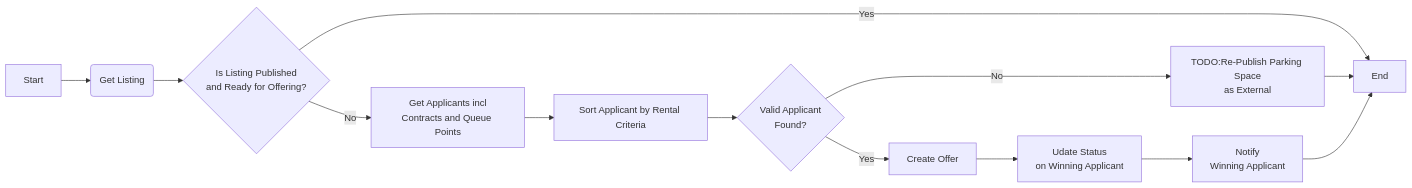
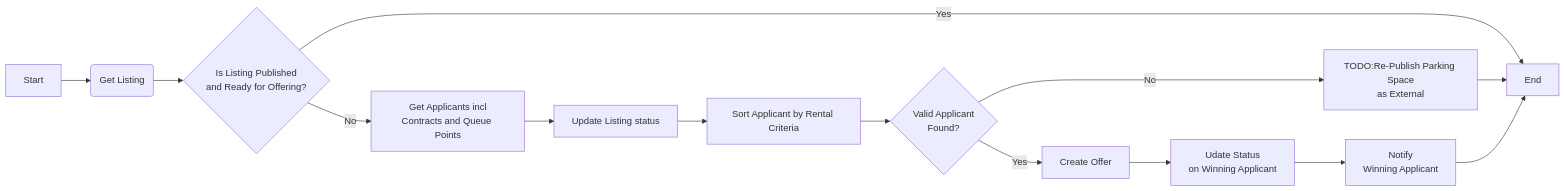
Before and after one commit to Bostads-AB-Mimer/onecore-core: the first of 2 diagrams in src/processes/parkingspaces/internal/DOCS Create Offer for Internal Parking Space.md, drawn with Mermaid. The commit also changed other lines of this file, not shown here.

````diff
--- a/src/processes/parkingspaces/internal/DOCS Create Offer for Internal Parking Space.md
+++ b/src/processes/parkingspaces/internal/DOCS Create Offer for Internal Parking Space.md
@@ -5,15 +5,16 @@
 ```mermaid
 flowchart LR
 A[Start] -->B(Get Listing)
 B --> C{Is Listing Published<br/>and Ready for Offering?}
 C --> |Yes| O
 C --> |No| D[Get Applicants incl<br/>Contracts and Queue Points]
-D --> E[Sort Applicant by Rental Criteria]
+D --> K[Update Listing status]
+K --> E[Sort Applicant by Rental Criteria]
 E --> F{Valid Applicant<br/>Found?}
 F --> |No| G[TODO:Re-Publish Parking Space<br/>as External]
 G --> O[End]
 F --> |Yes| H[Create Offer]
 H --> I[Udate Status<br/>on Winning Applicant]
 I --> J[Notify<br/>Winning Applicant]
 J --> O
 ```
````
